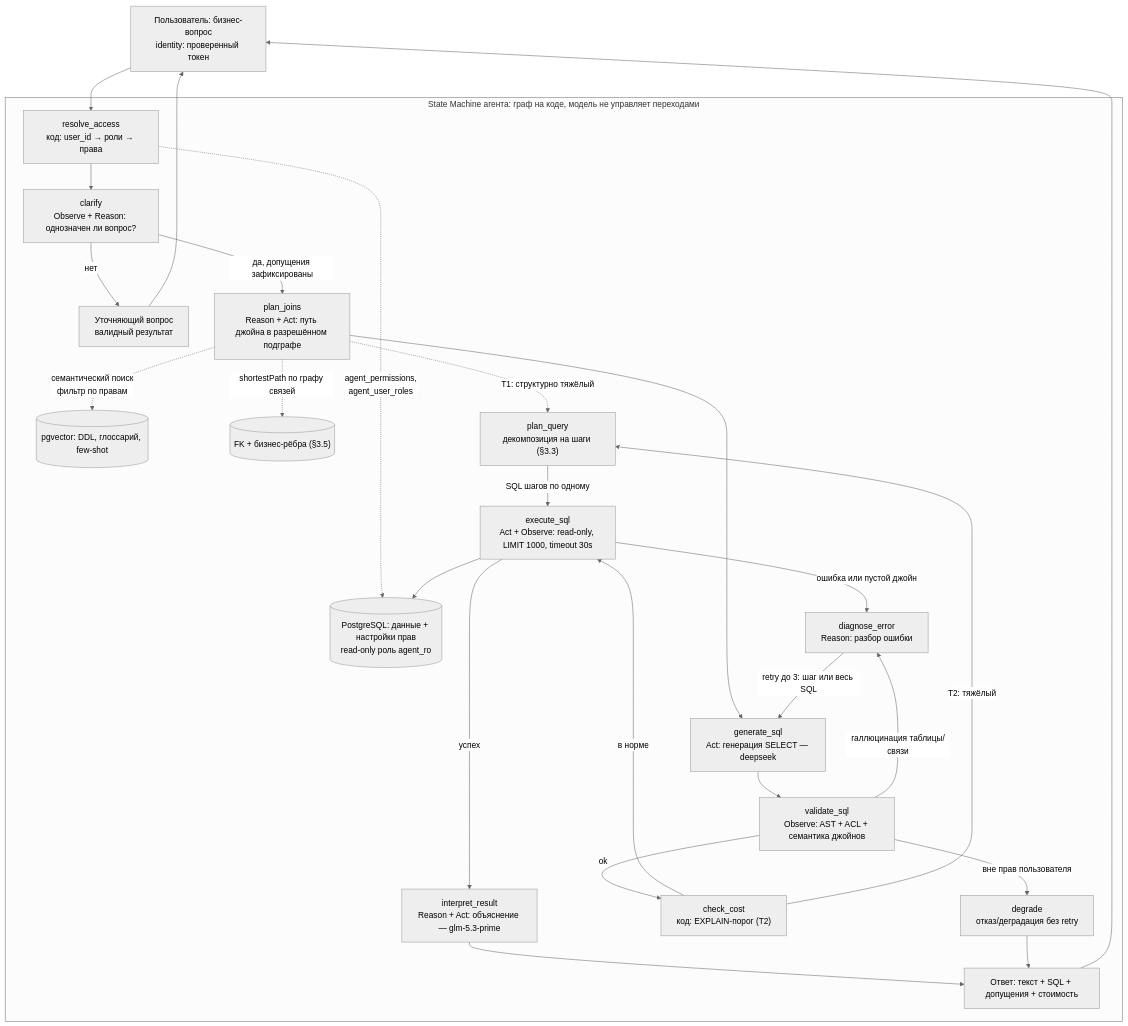
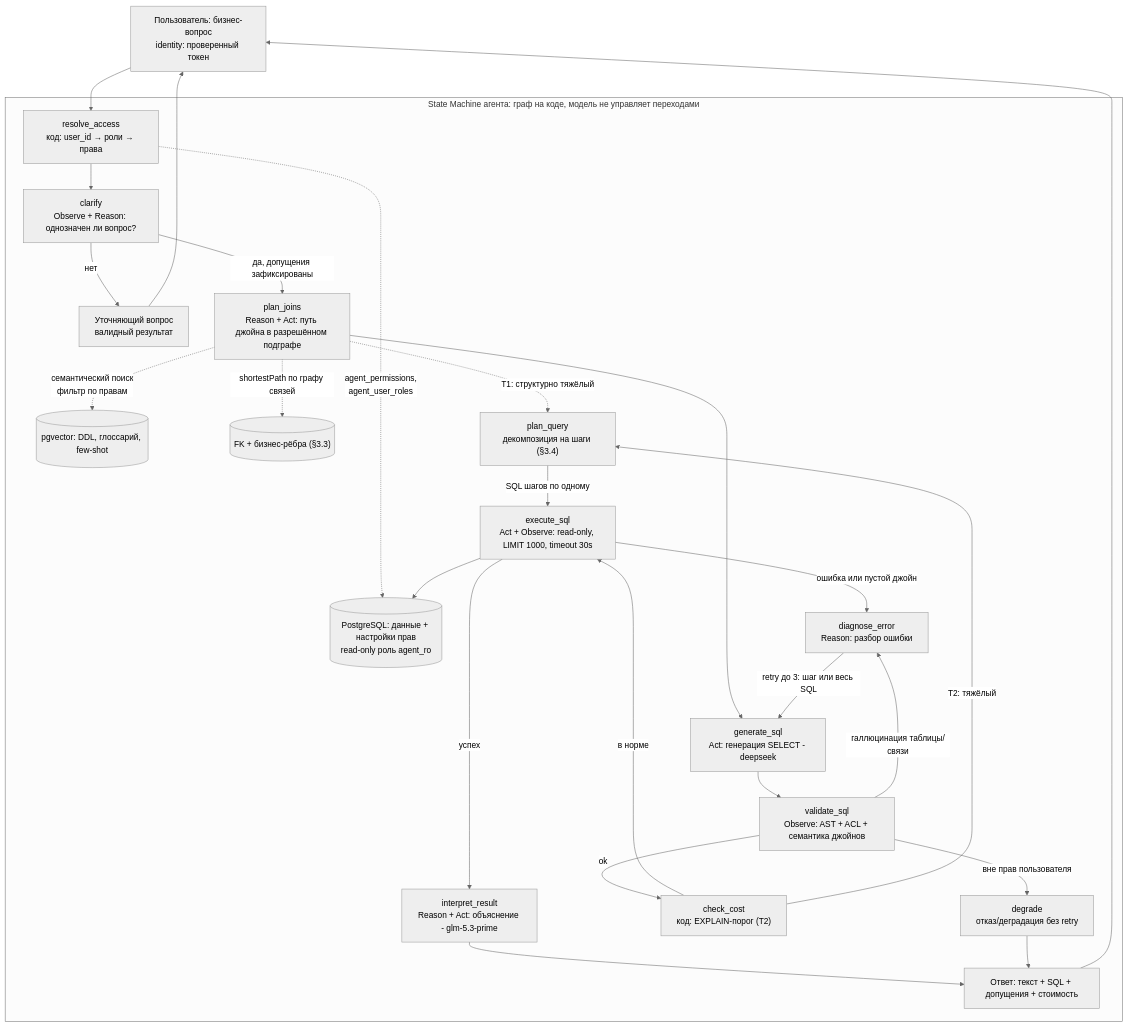
One commit to BinarySimple17/ai-agents changed the diagram in hw-01/README.md. Above: the diagram before and after it, drawn with Mermaid (neutral theme). The commit also changed other lines of this file, not shown here.

Commit message:
hw-01: README ужат до объёма ДЗ (схема оставлена); humanizer-правки, тире -> дефис

````diff
--- a/hw-01/README.md
+++ b/hw-01/README.md
@@ -120,31 +96,31 @@
 ```mermaid
 flowchart TD
     U["Пользователь: бизнес-вопрос<br>identity: проверенный токен"] --> RA
 
     subgraph SM["State Machine агента: граф на коде, модель не управляет переходами"]
         RA["resolve_access<br>код: user_id → роли → права"] --> CL["clarify<br>Observe + Reason: однозначен ли вопрос?"]
         RA -.->|"agent_permissions,<br>agent_user_roles"| DB
         CL -->|"нет"| ASK["Уточняющий вопрос<br>валидный результат"]
         CL -->|"да, допущения зафиксированы"| PJ["plan_joins<br>Reason + Act: путь джойна в разрешённом подграфе"]
         PJ -.->|"семантический поиск<br>фильтр по правам"| VS[("pgvector: DDL, глоссарий, few-shot")]
-        PJ -.->|"shortestPath по графу связей"| AGE[("FK + бизнес-рёбра (§3.5)")]
-        PJ -.->|"T1: структурно тяжёлый"| PQ["plan_query<br>декомпозиция на шаги (§3.3)"]
-        PJ --> GS["generate_sql<br>Act: генерация SELECT — deepseek"]
+        PJ -.->|"shortestPath по графу связей"| AGE[("FK + бизнес-рёбра (§3.3)")]
+        PJ -.->|"T1: структурно тяжёлый"| PQ["plan_query<br>декомпозиция на шаги (§3.4)"]
+        PJ --> GS["generate_sql<br>Act: генерация SELECT - deepseek"]
         GS --> V["validate_sql<br>Observe: AST + ACL + семантика джойнов"]
         V -->|"галлюцинация таблицы/связи"| DG["diagnose_error<br>Reason: разбор ошибки"]
         V -->|"вне прав пользователя"| DENY["degrade<br>отказ/деградация без retry"]
         V -->|"ok"| CC["check_cost<br>код: EXPLAIN-порог (T2)"]
         CC -->|"в норме"| EX["execute_sql<br>Act + Observe: read-only, LIMIT 1000, timeout 30s"]
         CC -->|"T2: тяжёлый"| PQ
         PQ -->|"SQL шагов по одному"| EX
         EX -->|"ошибка или пустой джойн"| DG
         DG -->|"retry до 3: шаг или весь SQL"| GS
-        EX -->|"успех"| IR["interpret_result<br>Reason + Act: объяснение — glm-5.3-prime"]
+        EX -->|"успех"| IR["interpret_result<br>Reason + Act: объяснение - glm-5.3-prime"]
         IR --> OUT["Ответ: текст + SQL + допущения + стоимость"]
         DENY --> OUT
     end
 
     EX --> DB[("PostgreSQL: данные + настройки прав<br>read-only роль agent_ro")]
     OUT --> U
     ASK --> U
 ```
````
